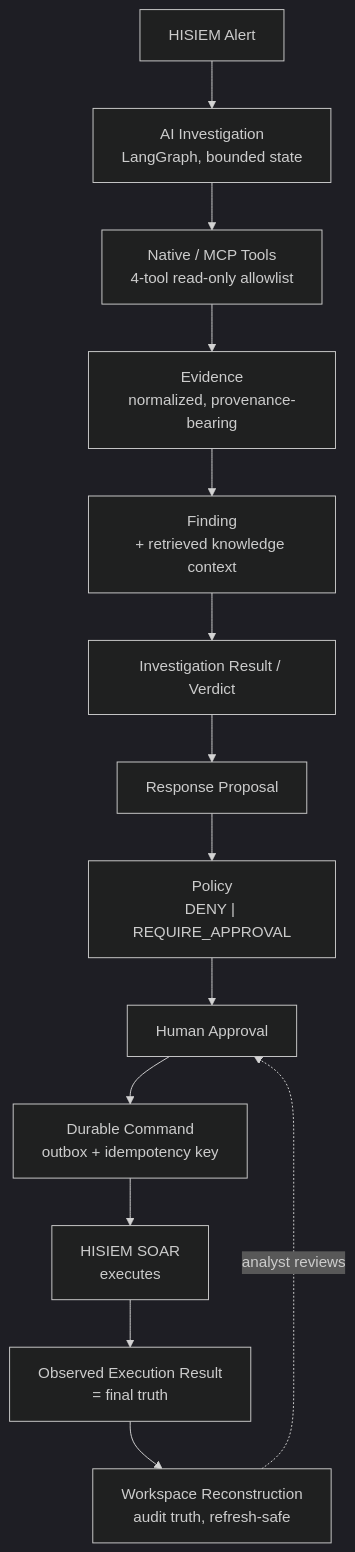
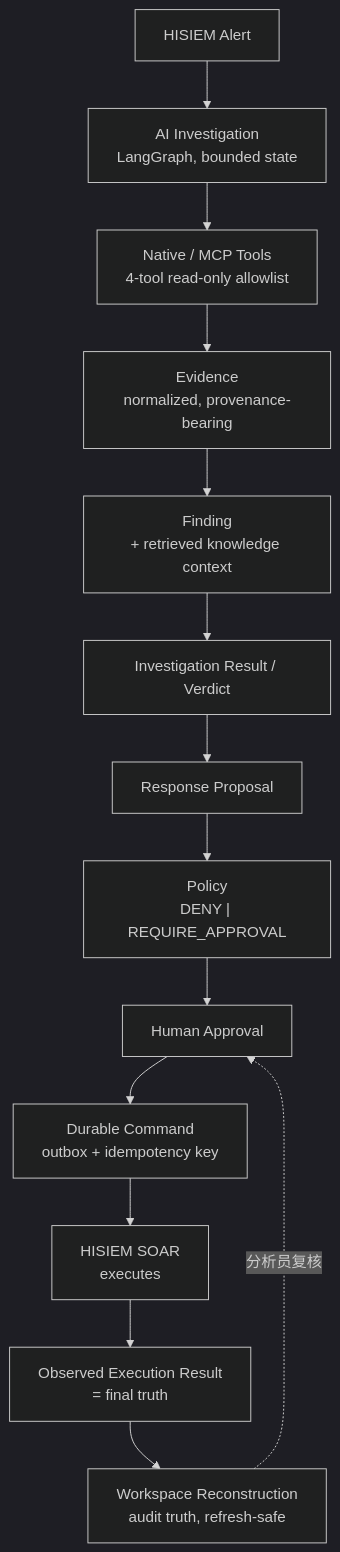
One commit to xsc683/HISIEM-SOC-Copilot changed the first of 2 diagrams in README.md. Above: the diagram before and after it, drawn with Mermaid (dark theme). The commit also changed other lines of this file and 2 other files, not shown here.

````diff
--- a/README.md
+++ b/README.md
@@ -64,30 +57,30 @@
 ```mermaid
 flowchart TD
     ALERT["HISIEM Alert"]
     INV["AI Investigation<br/>LangGraph, bounded state"]
     TOOLS["Native / MCP Tools<br/>4-tool read-only allowlist"]
     EV["Evidence<br/>normalized, provenance-bearing"]
     FIND["Finding<br/>+ retrieved knowledge context"]
     VERDICT["Investigation Result / Verdict"]
     PROP["Response Proposal"]
     POLICY["Policy<br/>DENY | REQUIRE_APPROVAL"]
     HUMAN["Human Approval"]
     DURABLE["Durable Command<br/>outbox + idempotency key"]
     SOAR["HISIEM SOAR<br/>executes"]
     OBS["Observed Execution Result<br/>= final truth"]
     WS["Workspace Reconstruction<br/>audit truth, refresh-safe"]
 
     ALERT --> INV
     INV --> TOOLS
     TOOLS --> EV
     EV --> FIND
     FIND --> VERDICT
     VERDICT --> PROP
     PROP --> POLICY
     POLICY --> HUMAN
     HUMAN --> DURABLE
     DURABLE --> SOAR
     SOAR --> OBS
     OBS --> WS
-    WS -.->|"analyst reviews"| HUMAN
+    WS -.->|"分析员复核"| HUMAN
 ```
````
